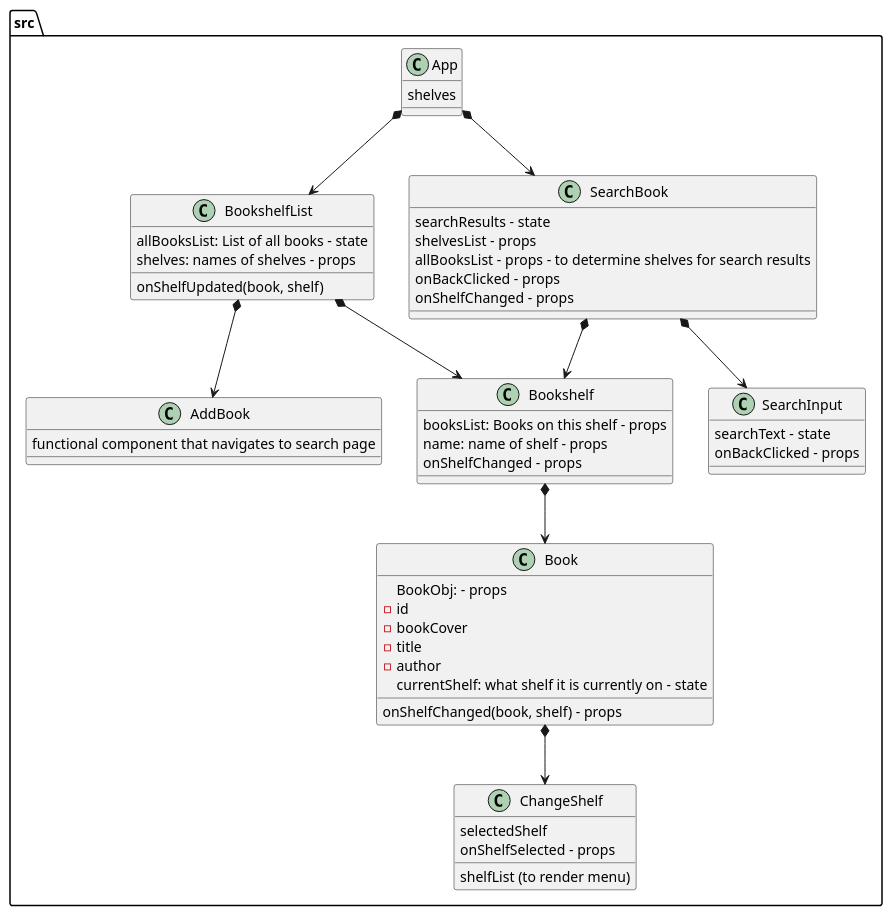
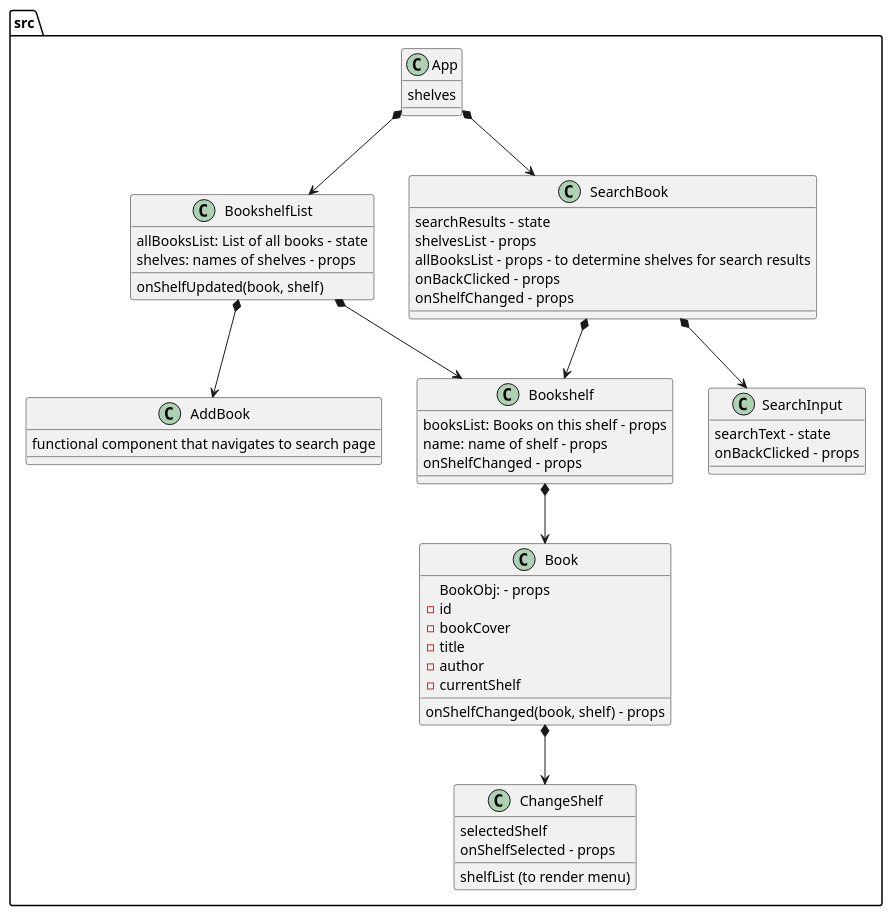
Before and after one commit to katsa9/MyReads: the diagram in SolutionDesign/SolutionDesign.wsd, drawn with PlantUML. The commit also changed 5 other files, not shown here.

```diff
--- a/SolutionDesign/SolutionDesign.wsd
+++ b/SolutionDesign/SolutionDesign.wsd
@@ -1,58 +1,59 @@
 @startuml myReads-solution-design
 
 package src {
   class App{
     shelves
   }
   class BookshelfList{
     allBooksList: List of all books - state
     onShelfUpdated(book, shelf)
     shelves: names of shelves - props
   }
   class Bookshelf{
     booksList: Books on this shelf - props
     name: name of shelf - props
     onShelfChanged - props
   }
   
   class Book{
     BookObj: - props
           -id
           -bookCover
           -title
           -author
-    currentShelf: what shelf it is currently on - state
+          -currentShelf
+    
     onShelfChanged(book, shelf) - props
   }
   class ChangeShelf{
     shelfList (to render menu)
     selectedShelf
     onShelfSelected - props
   }
   class AddBook{
     functional component that navigates to search page
   }
   class SearchBook{
     searchResults - state
     shelvesList - props
     allBooksList - props - to determine shelves for search results
     onBackClicked - props
     onShelfChanged - props
   }
   class SearchInput{
     searchText - state
     onBackClicked - props
   }
 }
 
 App *--> BookshelfList
 App *--> SearchBook
 BookshelfList*--> Bookshelf
 Bookshelf *--> Book
 BookshelfList *--> AddBook
 Book *--> ChangeShelf
 SearchBook *--> SearchInput
 SearchBook *--> Bookshelf
 
 
 @enduml
```
